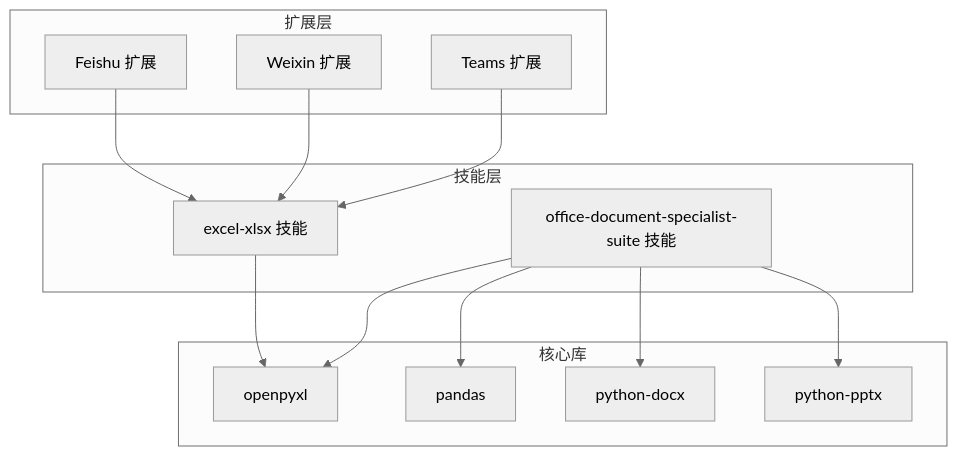
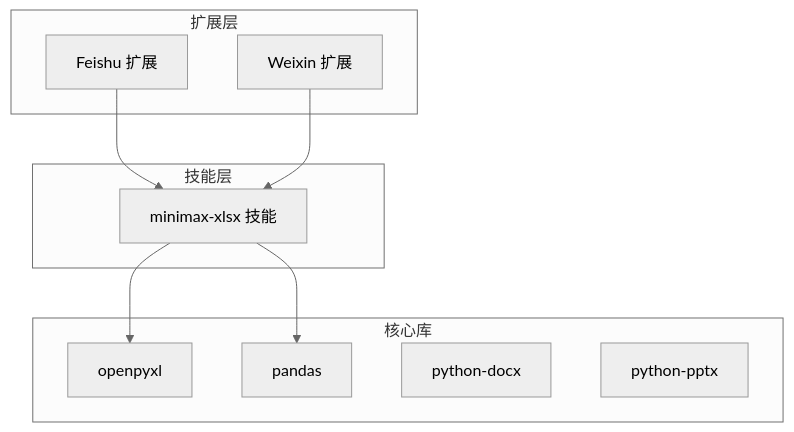
Before and after one commit to verse-ai-org/openclaw: the first of 8 diagrams in .qoder/repowiki/zh/content/技能平台/内置技能/Excel 表格处理技能.md, drawn with Mermaid (neutral theme). The commit also changed other lines of this file and 48 other files, not shown here.

````diff
--- a/.qoder/repowiki/zh/content/技能平台/内置技能/Excel 表格处理技能.md
+++ b/.qoder/repowiki/zh/content/技能平台/内置技能/Excel 表格处理技能.md
@@ -38,26 +47,20 @@
 ```mermaid
 graph TB
 subgraph "技能层"
-A[excel-xlsx 技能]
-B[office-document-specialist-suite 技能]
+A[minimax-xlsx 技能]
 end
 subgraph "扩展层"
-C[Feishu 扩展]
-D[Weixin 扩展]
-E[Teams 扩展]
+B[Feishu 扩展]
+C[Weixin 扩展]
 end
 subgraph "核心库"
-F[openpyxl]
-G[pandas]
-H[python-docx]
-I[python-pptx]
+D[openpyxl]
+E[pandas]
+F[python-docx]
+G[python-pptx]
 end
-A --> F
-B --> F
-B --> G
-B --> H
-B --> I
+A --> D
+A --> E
+B --> A
 C --> A
-D --> A
-E --> A
 ```
````
